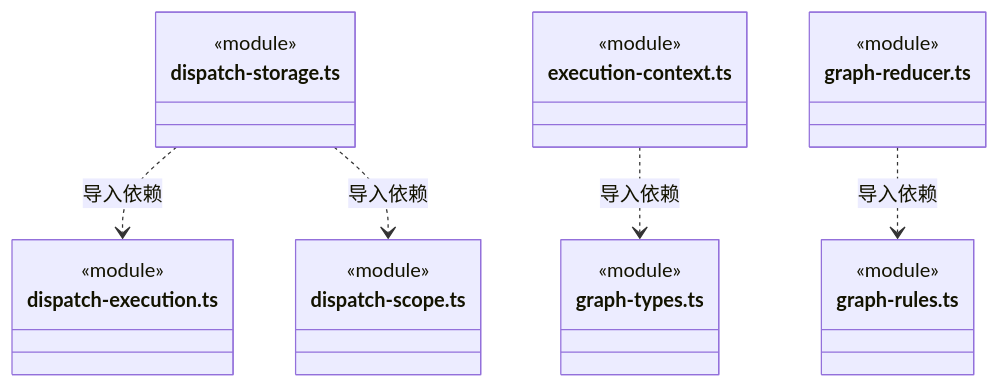
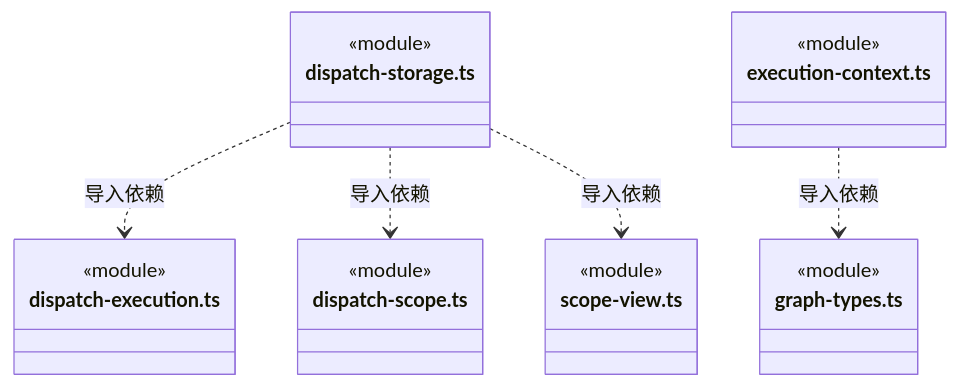
One commit to nan023062/cbim changed diagram 37 of 43 in src/backend/core/tasks/ARCHITECTURE.md. Above: the diagram before and after it, drawn with Mermaid. The commit also changed other lines of this file and 47 other files, not shown here.

````diff
--- a/src/backend/core/tasks/ARCHITECTURE.md
+++ b/src/backend/core/tasks/ARCHITECTURE.md
@@ -856,28 +953,25 @@
 ```mermaid
 classDiagram
 class N_src_backend_core_tasks_dispatch_storage_ts["dispatch-storage.ts"] {
   <<module>>
 }
 class N_src_backend_core_tasks_dispatch_execution_ts["dispatch-execution.ts"] {
   <<module>>
 }
 class N_src_backend_core_tasks_dispatch_scope_ts["dispatch-scope.ts"] {
   <<module>>
 }
+class N_src_backend_core_tasks_scope_view_ts["scope-view.ts"] {
+  <<module>>
+}
 class N_src_backend_core_tasks_execution_context_ts["execution-context.ts"] {
   <<module>>
 }
 class N_src_backend_core_tasks_graph_types_ts["graph-types.ts"] {
   <<module>>
 }
-class N_src_backend_core_tasks_graph_reducer_ts["graph-reducer.ts"] {
-  <<module>>
-}
-class N_src_backend_core_tasks_graph_rules_ts["graph-rules.ts"] {
-  <<module>>
-}
 N_src_backend_core_tasks_dispatch_storage_ts ..> N_src_backend_core_tasks_dispatch_execution_ts : 导入依赖
 N_src_backend_core_tasks_dispatch_storage_ts ..> N_src_backend_core_tasks_dispatch_scope_ts : 导入依赖
+N_src_backend_core_tasks_dispatch_storage_ts ..> N_src_backend_core_tasks_scope_view_ts : 导入依赖
 N_src_backend_core_tasks_execution_context_ts ..> N_src_backend_core_tasks_graph_types_ts : 导入依赖
-N_src_backend_core_tasks_graph_reducer_ts ..> N_src_backend_core_tasks_graph_rules_ts : 导入依赖
 ```
````
